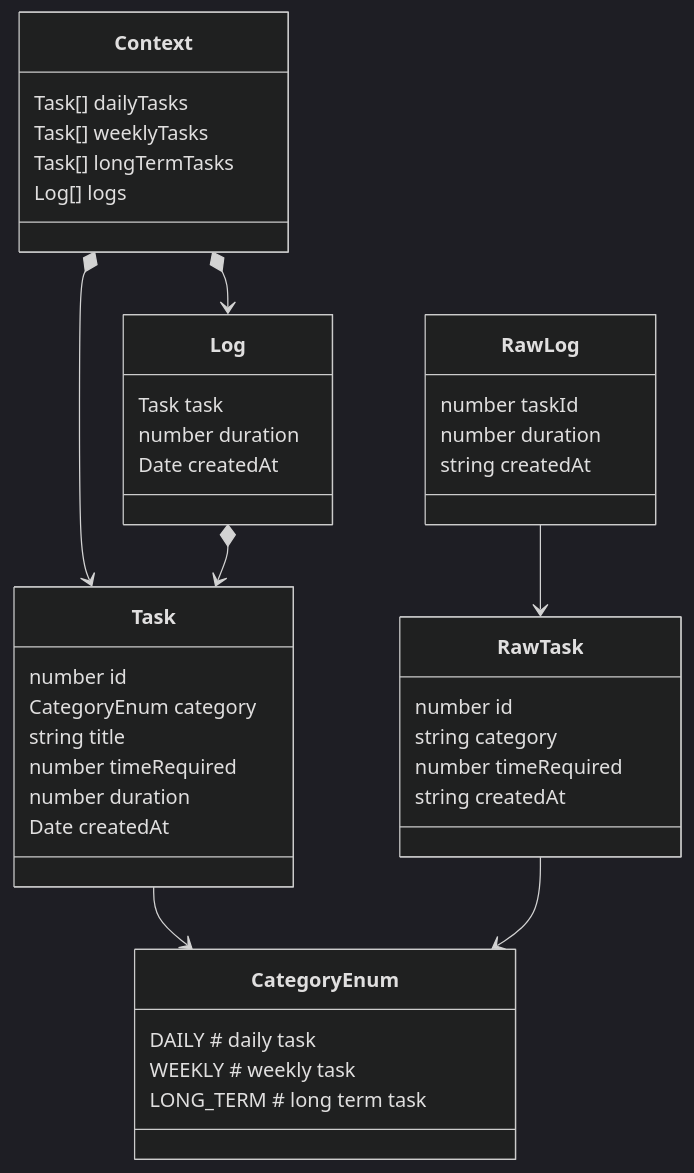
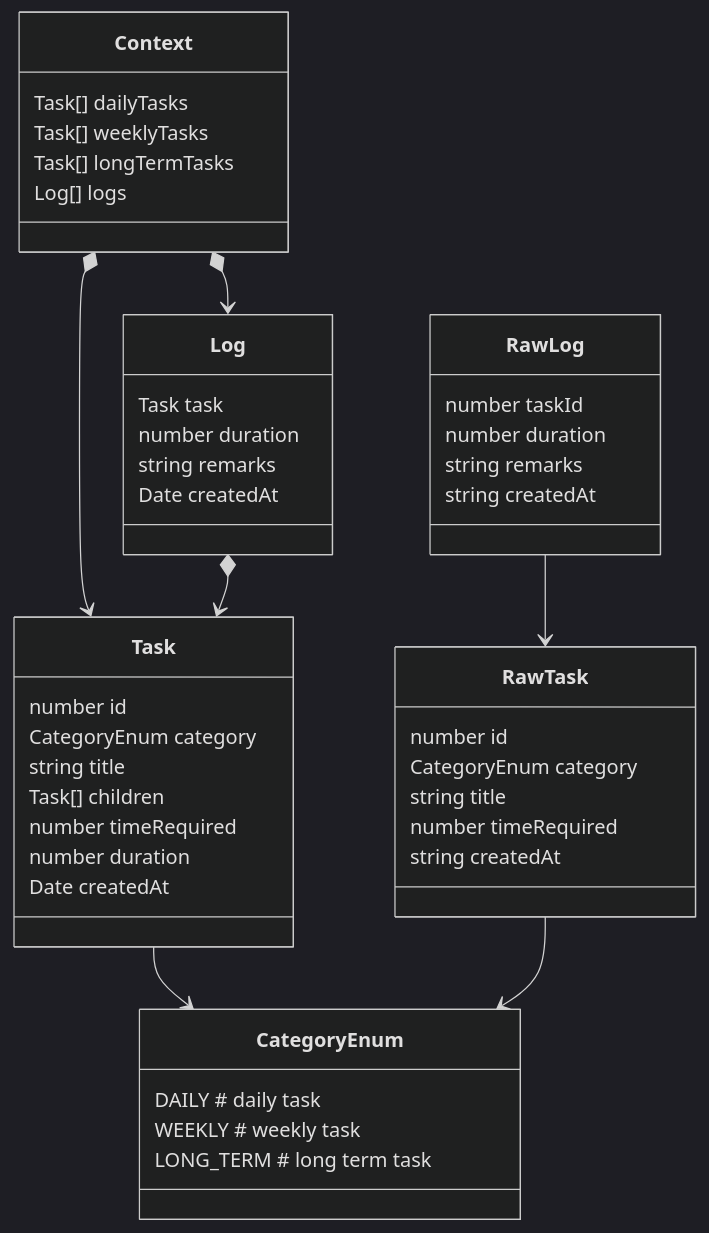
One commit to JoverZhang/time-scheduler-electron changed the diagram in README.md. Above: the diagram before and after it, drawn with Mermaid (dark theme). The commit also changed 2 other files, not shown here.

Commit message:
feat: perf user interface

````diff
--- a/README.md
+++ b/README.md
@@ -6,43 +6,47 @@
 ```mermaid
 classDiagram
 
 Context *--> Task
 Context *--> Log
 Context : Task[]  dailyTasks
 Context : Task[]  weeklyTasks
 Context : Task[]  longTermTasks
 Context : Log[]   logs
 
 
 Task --> CategoryEnum
 Task : number       id
-Task : CategoryEnum category 
+Task : CategoryEnum category
 Task : string       title
+Task : Task[]       children
 Task : number       timeRequired
 Task : number       duration
 Task : Date         createdAt
 
 
 CategoryEnum : DAILY      # daily task
 CategoryEnum : WEEKLY     # weekly task
 CategoryEnum : LONG_TERM  # long term task
 
 
 Log *--> Task
 Log : Task    task
 Log : number  duration
+Log : string  remarks
 Log : Date    createdAt
 
 
 
 RawTask --> CategoryEnum
-RawTask : number  id
-RawTask : string  category
-RawTask : number  timeRequired
-RawTask : string  createdAt
+RawTask : number        id
+RawTask : CategoryEnum  category
+RawTask : string        title
+RawTask : number        timeRequired
+RawTask : string        createdAt
 
 RawLog --> RawTask
 RawLog : number taskId
 RawLog : number duration
+RawLog : string  remarks
 RawLog : string createdAt
 ```
````
